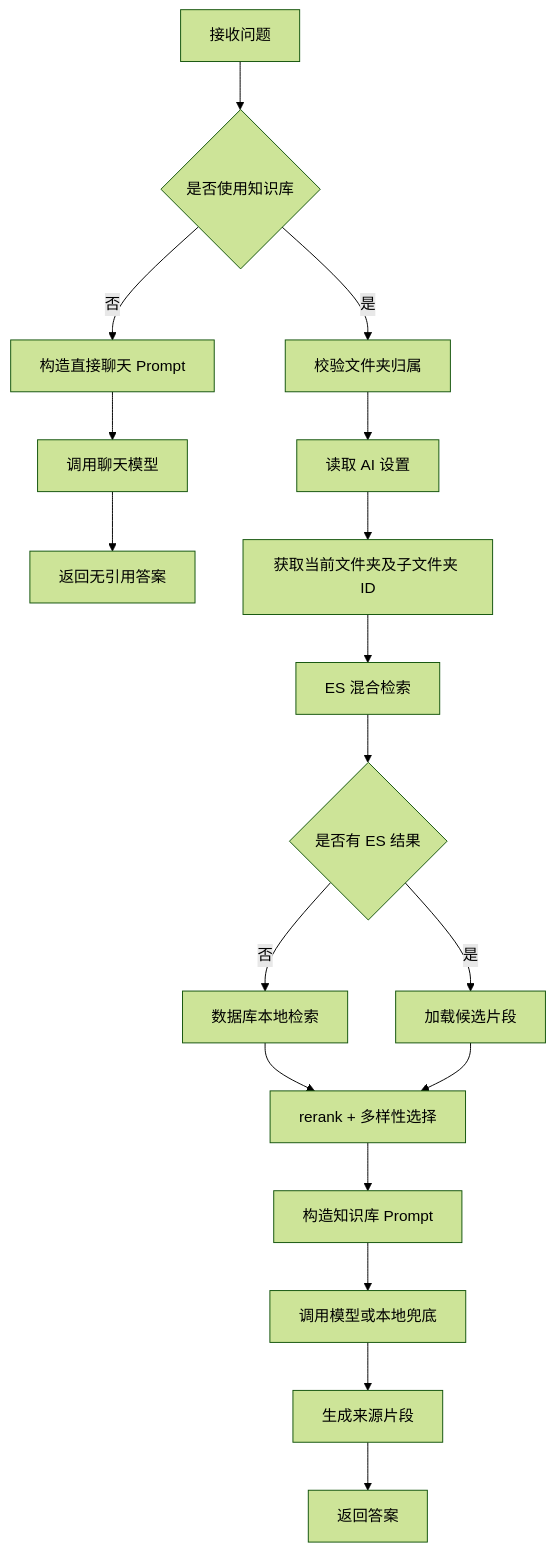
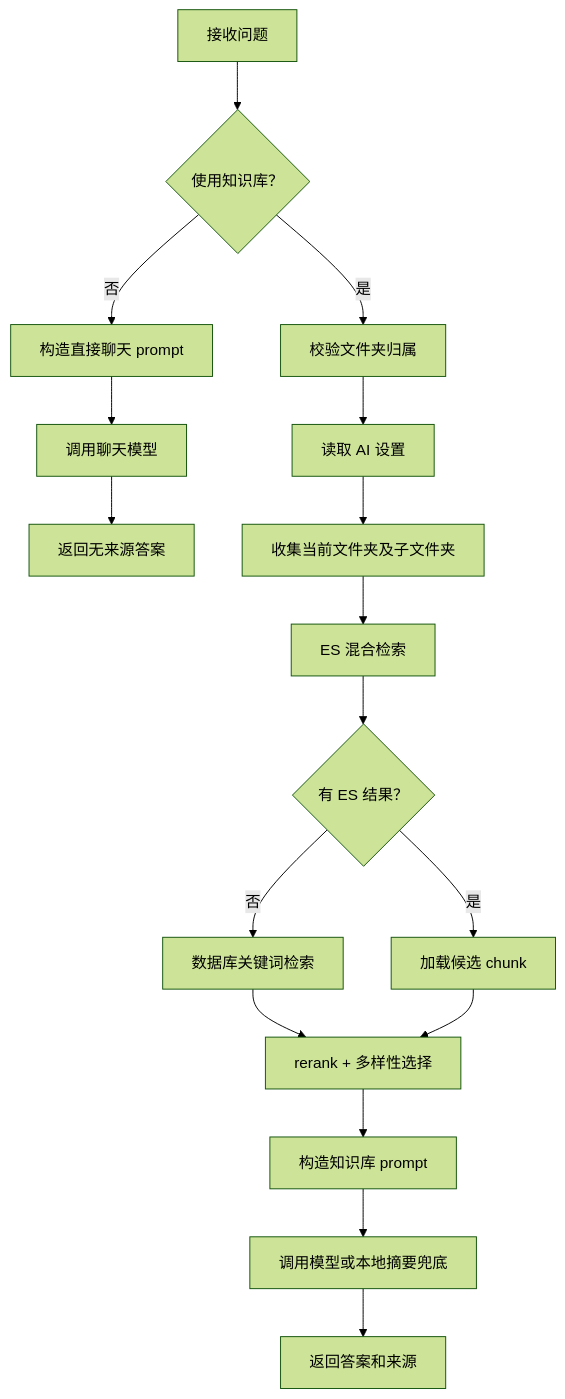
One commit to LinHonk1128/ips_java changed the fifth of 6 diagrams in docs/04-high-level-design.md. Above: the diagram before and after it, drawn with Mermaid (forest theme). The commit also changed other lines of this file and 48 other files, not shown here.

````diff
--- a/docs/04-high-level-design.md
+++ b/docs/04-high-level-design.md
@@ -249,21 +217,20 @@
 ```mermaid
 flowchart TD
-    A["接收问题"] --> B{"是否使用知识库"}
-    B -- "否" --> C["构造直接聊天 Prompt"]
+    A["接收问题"] --> B{"使用知识库？"}
+    B -- "否" --> C["构造直接聊天 prompt"]
     C --> D["调用聊天模型"]
-    D --> E["返回无引用答案"]
+    D --> E["返回无来源答案"]
 
     B -- "是" --> F["校验文件夹归属"]
     F --> G["读取 AI 设置"]
-    G --> H["获取当前文件夹及子文件夹 ID"]
+    G --> H["收集当前文件夹及子文件夹"]
     H --> I["ES 混合检索"]
-    I --> J{"是否有 ES 结果"}
-    J -- "否" --> K["数据库本地检索"]
-    J -- "是" --> L["加载候选片段"]
+    I --> J{"有 ES 结果？"}
+    J -- "否" --> K["数据库关键词检索"]
+    J -- "是" --> L["加载候选 chunk"]
     K --> M["rerank + 多样性选择"]
     L --> M
-    M --> N["构造知识库 Prompt"]
-    N --> O["调用模型或本地兜底"]
-    O --> P["生成来源片段"]
-    P --> Q["返回答案"]
+    M --> N["构造知识库 prompt"]
+    N --> O["调用模型或本地摘要兜底"]
+    O --> P["返回答案和来源"]
 ```
````
